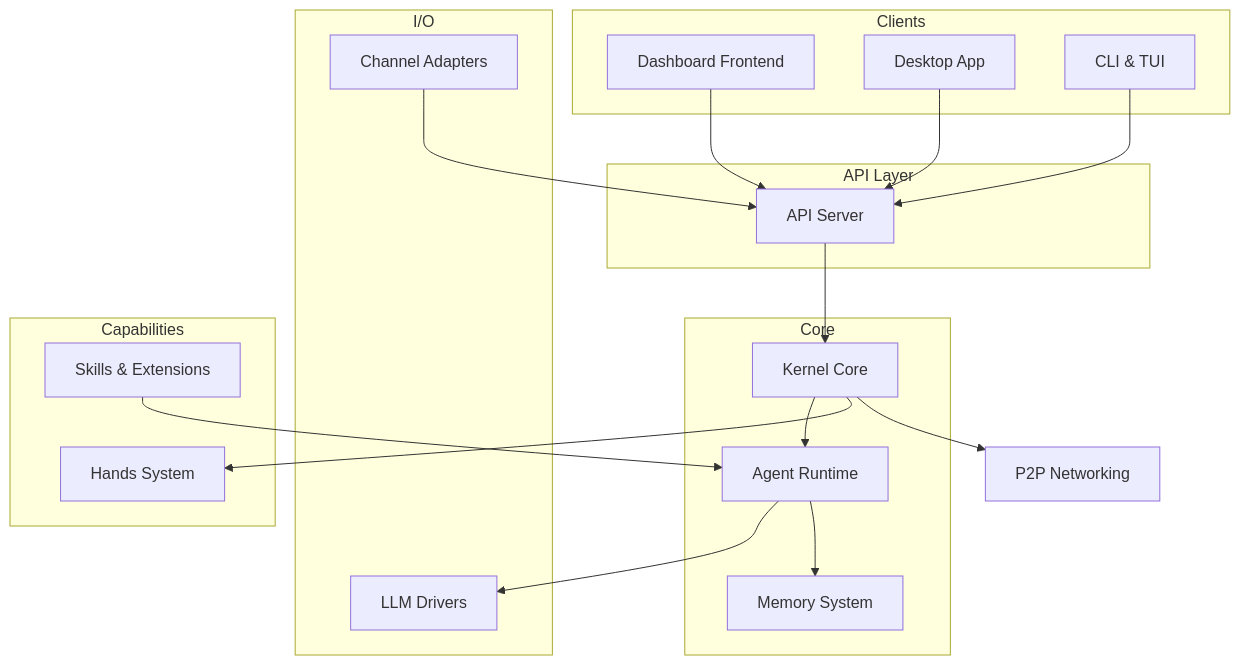
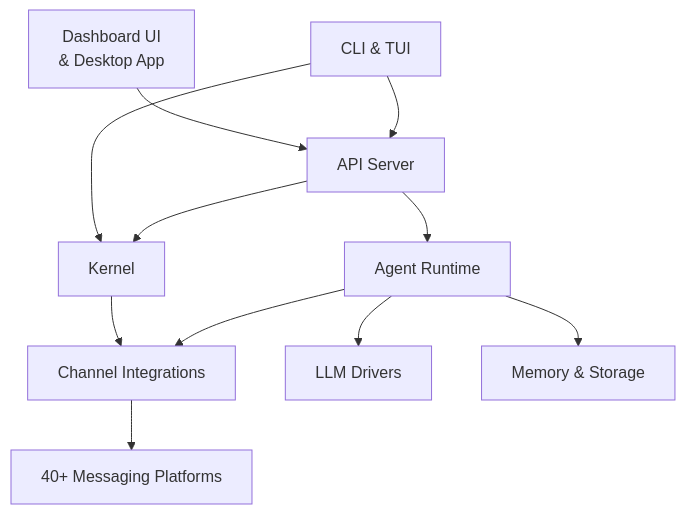
The diagram in overview.md (leszek3737/librefang-WIki), drawn with Mermaid before and after one commit. The commit also changed other lines of this file and 100 other files, not shown here.

````diff
--- a/overview.md
+++ b/overview.md
@@ -25,42 +9,13 @@
 ```mermaid
 graph TD
-    subgraph "Clients"
-        DASH[Dashboard Frontend]
-        DESK[Desktop App]
-        CLI[CLI & TUI]
-    end
-
-    subgraph "API Layer"
-        API[API Server]
-    end
-
-    subgraph "Core"
-        KERNEL[Kernel Core]
-        RUNTIME[Agent Runtime]
-        MEMORY[Memory System]
-    end
-
-    subgraph "I/O"
-        CHANNELS[Channel Adapters]
-        LLM[LLM Drivers]
-    end
-
-    subgraph "Capabilities"
-        SKILLS[Skills & Extensions]
-        HANDS[Hands System]
-    end
-
-    P2P[P2P Networking]
-
-    DASH --> API
-    DESK --> API
-    CLI --> API
-    API --> KERNEL
-    CHANNELS --> API
-    KERNEL --> RUNTIME
-    RUNTIME --> LLM
-    RUNTIME --> MEMORY
-    KERNEL --> HANDS
-    KERNEL --> P2P
-    SKILLS --> RUNTIME
+    UI["Dashboard UI<br/>& Desktop App"] --> API["API Server"]
+    CLI["CLI & TUI"] --> API
+    CLI --> KRNL["Kernel"]
+    API --> KRNL
+    API --> RT["Agent Runtime"]
+    KRNL --> CH["Channel Integrations"]
+    RT --> CH
+    RT --> LLM["LLM Drivers"]
+    RT --> MEM["Memory & Storage"]
+    CH --> PLAT["40+ Messaging Platforms"]
 ```
````
